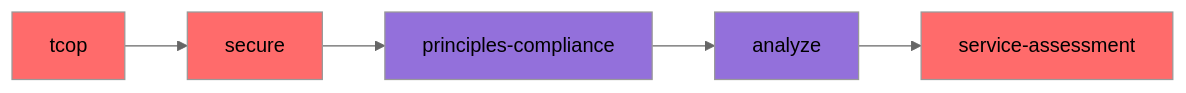
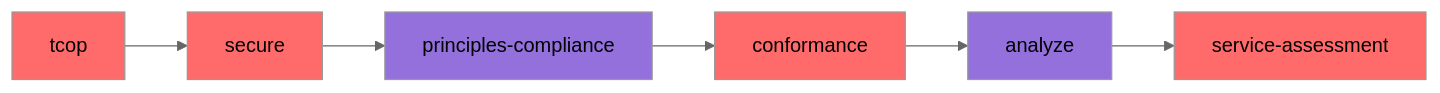
Before and after one commit to tractorjuice/arc-kit: the ninth of 9 diagrams in WORKFLOW-DIAGRAMS.md, drawn with Mermaid (neutral theme). The commit also changed other lines of this file and 40 other files, not shown here.

First line of the commit message:
release: v2.9.0 — architecture conformance assessment command (#55)

````diff
--- a/WORKFLOW-DIAGRAMS.md
+++ b/WORKFLOW-DIAGRAMS.md
@@ -719,13 +730,15 @@
 ```mermaid
 graph LR
     A[tcop] --> B[secure]
     B --> C[principles-compliance]
-    C --> D[analyze]
-    D --> E[service-assessment]
+    C --> D[conformance]
+    D --> E[analyze]
+    E --> F[service-assessment]
 
     style A fill:#FF6B6B
     style B fill:#FF6B6B
     style C fill:#9370DB
-    style D fill:#9370DB
-    style E fill:#FF6B6B
+    style D fill:#FF6B6B
+    style E fill:#9370DB
+    style F fill:#FF6B6B
 ```
````
